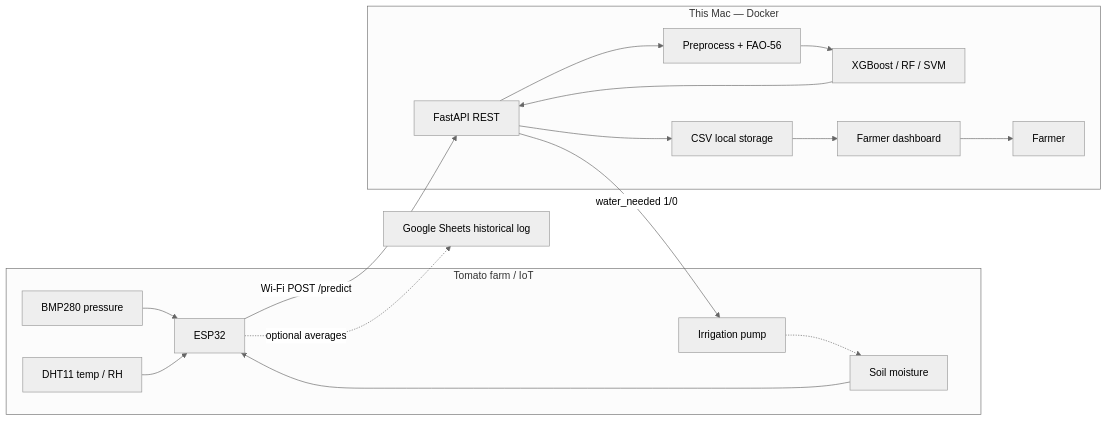
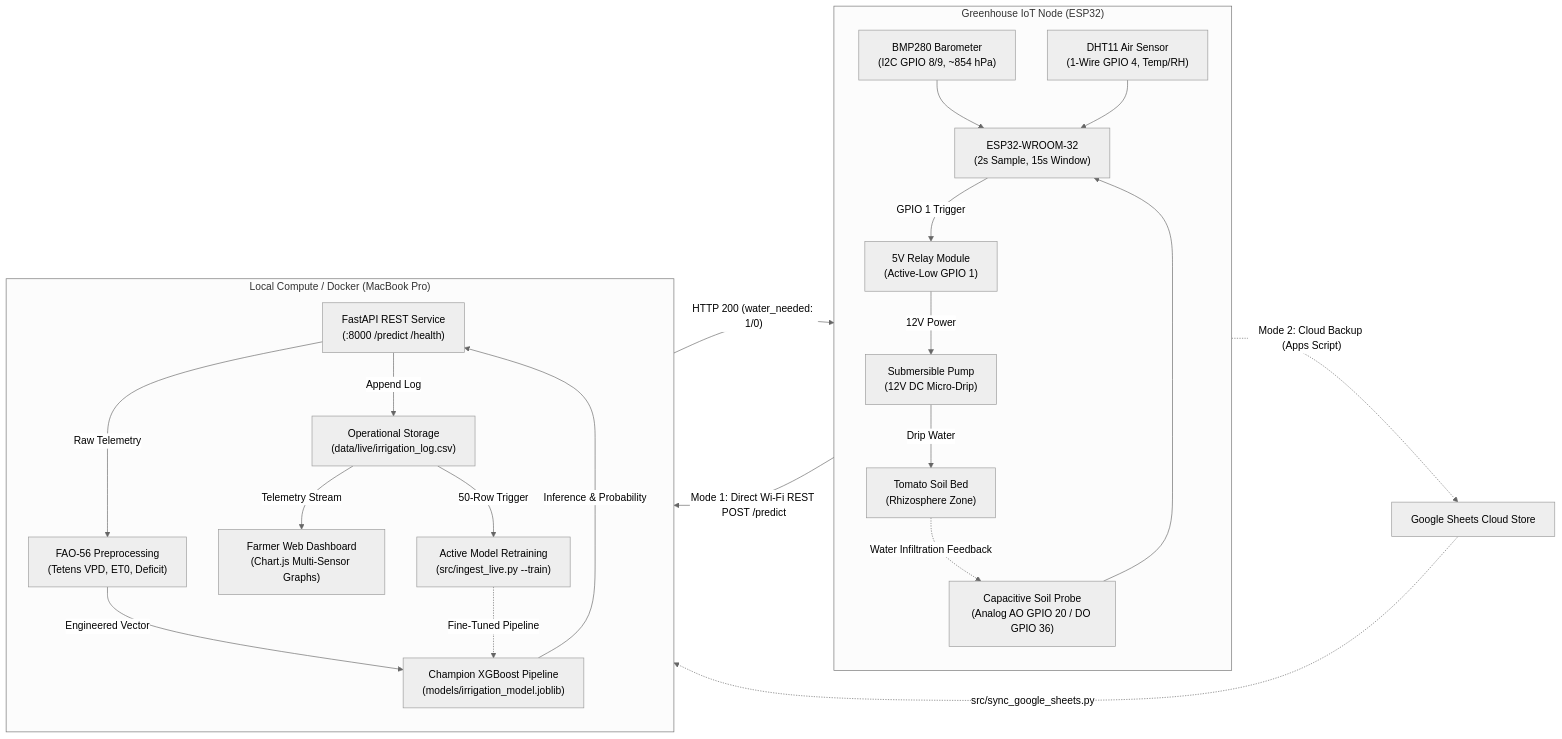
The diagram in README.md (pramodgiri2468/FYP_Smart_Irrigation_Tomato), drawn with Mermaid (neutral theme) before and after one commit. The commit also changed other lines of this file and 54 other files, not shown here.

````diff
--- a/README.md
+++ b/README.md
@@ -13,34 +318,44 @@
 ```mermaid
 flowchart LR
-  subgraph farm["Tomato farm / IoT"]
-    bmp[BMP280 pressure]
-    dht[DHT11 temp / RH]
-    soil[Soil moisture]
-    esp[ESP32]
-    pump[Irrigation pump]
+  subgraph farm["Greenhouse IoT Node (ESP32)"]
+    direction TB
+    bmp["BMP280 Barometer<br/>(I2C GPIO 8/9, ~854 hPa)"]
+    dht["DHT11 Air Sensor<br/>(1-Wire GPIO 4, Temp/RH)"]
+    soil["Capacitive Soil Probe<br/>(Analog AO GPIO 20 / DO GPIO 36)"]
+    esp["ESP32-WROOM-32<br/>(2s Sample, 15s Window)"]
+    relay["5V Relay Module<br/>(Active-Low GPIO 1)"]
+    pump["Submersible Pump<br/>(12V DC Micro-Drip)"]
+    bed["Tomato Soil Bed<br/>(Rhizosphere Zone)"]
+
     bmp --> esp
     dht --> esp
     soil --> esp
-    pump -.-> soil
+    esp -->|"GPIO 1 Trigger"| relay
+    relay -->|"12V Power"| pump
+    pump -->|"Drip Water"| bed
+    bed -.->|"Water Infiltration Feedback"| soil
   end
 
-  esp -->|"Wi-Fi POST /predict"| api
-  api -->|"water_needed 1/0"| pump
-  esp -.->|"optional averages"| sheets
+  esp -->|"Mode 1: Direct Wi-Fi REST POST /predict"| api
+  api -->|"HTTP 200 (water_needed: 1/0)"| esp
+  esp -.->|"Mode 2: Cloud Backup (Apps Script)"| sheets["Google Sheets Cloud Store"]
+  sheets -.->|"src/sync_google_sheets.py"| api
 
-  subgraph mac["This Mac — Docker"]
-    api[FastAPI REST]
-    csv[CSV local storage]
-    prep[Preprocess + FAO-56]
-    model[XGBoost / RF / SVM]
-    dash[Farmer dashboard]
-    farmer[Farmer]
-    api --> csv
-    api --> prep --> model
-    model --> api
-    csv --> dash
-    dash --> farmer
+  subgraph mac["Local Compute / Docker (MacBook Pro)"]
+    direction TB
+    api["FastAPI REST Service<br/>(:8000 /predict /health)"]
+    csv["Operational Storage<br/>(data/live/irrigation_log.csv)"]
+    prep["FAO-56 Preprocessing<br/>(Tetens VPD, ET0, Deficit)"]
+    model["Champion XGBoost Pipeline<br/>(models/irrigation_model.joblib)"]
+    dash["Farmer Web Dashboard<br/>(Chart.js Multi-Sensor Graphs)"]
+    retrain["Active Model Retraining<br/>(src/ingest_live.py --train)"]
+
+    api -->|"Append Log"| csv
+    api -->|"Raw Telemetry"| prep
+    prep -->|"Engineered Vector"| model
+    model -->|"Inference & Probability"| api
+    csv -->|"Telemetry Stream"| dash
+    csv -->|"50-Row Trigger"| retrain
+    retrain -.->|"Fine-Tuned Pipeline"| model
   end
-
-  sheets[Google Sheets historical log]
 ```
````
